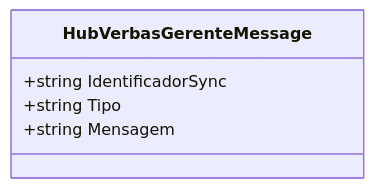
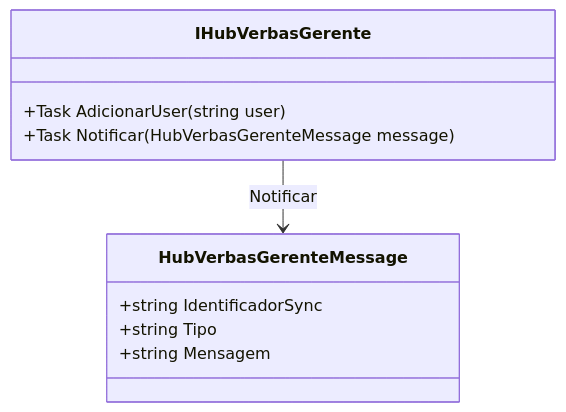
The diagram in docs/b2b-dominio/IsthmusWinthor.Nucleo/IsthmusWinthor.Dominio/Hubs/IHubVerbasGerente.md (IsthmusSistemas/documentacao-tecnica), drawn with Mermaid before and after one commit. The commit also changed other lines of this file and 882 other files, not shown here.

````diff
--- a/docs/b2b-dominio/IsthmusWinthor.Nucleo/IsthmusWinthor.Dominio/Hubs/IHubVerbasGerente.md
+++ b/docs/b2b-dominio/IsthmusWinthor.Nucleo/IsthmusWinthor.Dominio/Hubs/IHubVerbasGerente.md
@@ -19,8 +50,14 @@
 ```mermaid
 classDiagram
+    class IHubVerbasGerente {
+        +Task AdicionarUser(string user)
+        +Task Notificar(HubVerbasGerenteMessage message)
+    }
     class HubVerbasGerenteMessage {
         +string IdentificadorSync
         +string Tipo
         +string Mensagem
     }
+    
+    IHubVerbasGerente  -->  HubVerbasGerenteMessage : Notificar
 ```
````
